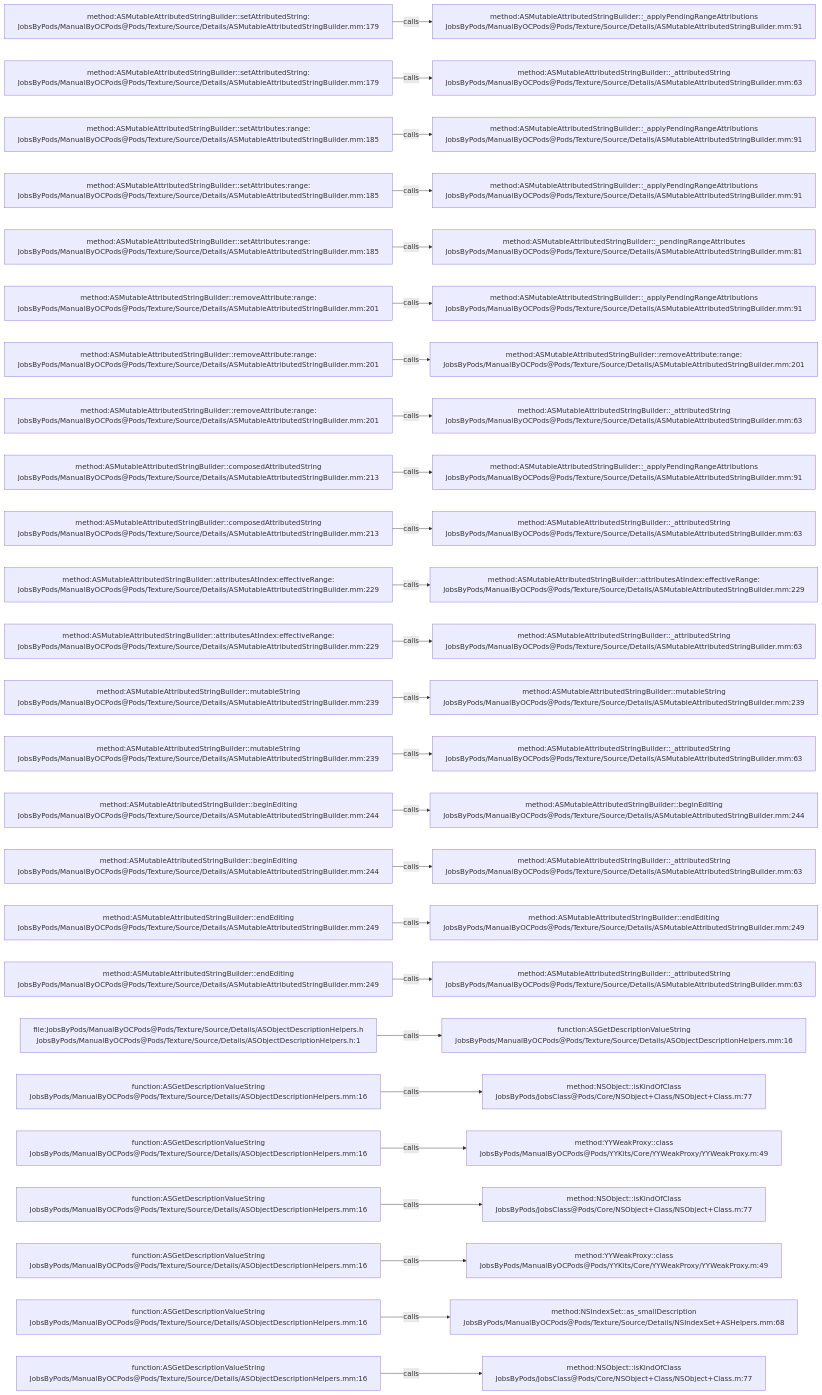
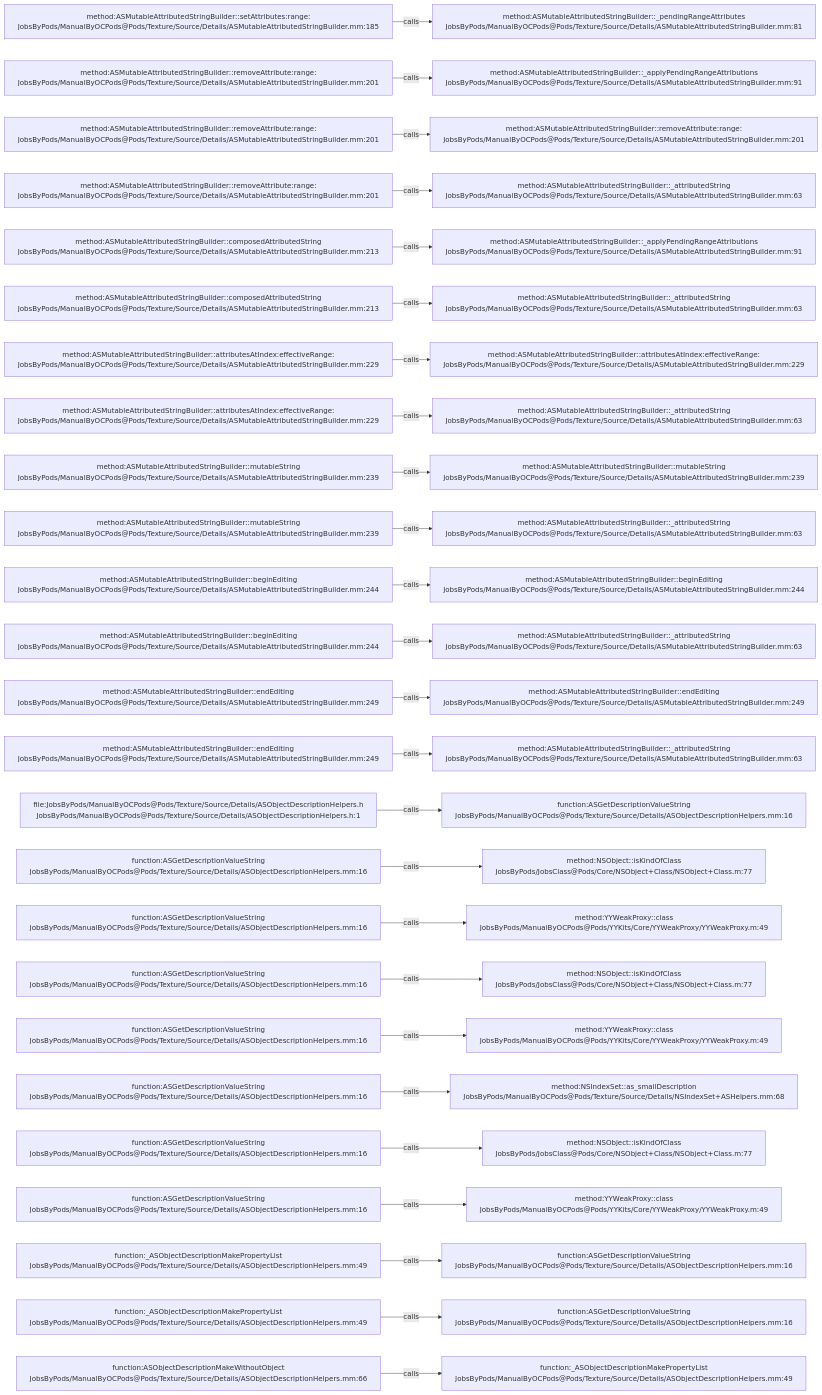
The diagram in .codegraph/codegraph.md/graphs/calls-158.md (JobsKits/JobsOCBaseConfigDemo), drawn with Mermaid before and after one commit. The commit also changed 727 other files, not shown here.

````diff
--- a/.codegraph/codegraph.md/graphs/calls-158.md
+++ b/.codegraph/codegraph.md/graphs/calls-158.md
@@ -13,78 +13,78 @@
 ```mermaid
 flowchart LR
-  S1["method:ASMutableAttributedStringBuilder::setAttributedString:<br/>JobsByPods/ManualByOCPods@Pods/Texture/Source/Details/ASMutableAttributedStringBuilder.mm:179"]
-  T1["method:ASMutableAttributedStringBuilder::_applyPendingRangeAttributions<br/>JobsByPods/ManualByOCPods@Pods/Texture/Source/Details/ASMutableAttributedStringBuilder.mm:91"]
+  S1["method:ASMutableAttributedStringBuilder::setAttributes:range:<br/>JobsByPods/ManualByOCPods@Pods/Texture/Source/Details/ASMutableAttributedStringBuilder.mm:185"]
+  T1["method:ASMutableAttributedStringBuilder::_pendingRangeAttributes<br/>JobsByPods/ManualByOCPods@Pods/Texture/Source/Details/ASMutableAttributedStringBuilder.mm:81"]
   S1 -->|calls| T1
-  S2["method:ASMutableAttributedStringBuilder::setAttributedString:<br/>JobsByPods/ManualByOCPods@Pods/Texture/Source/Details/ASMutableAttributedStringBuilder.mm:179"]
-  T2["method:ASMutableAttributedStringBuilder::_attributedString<br/>JobsByPods/ManualByOCPods@Pods/Texture/Source/Details/ASMutableAttributedStringBuilder.mm:63"]
+  S2["method:ASMutableAttributedStringBuilder::removeAttribute:range:<br/>JobsByPods/ManualByOCPods@Pods/Texture/Source/Details/ASMutableAttributedStringBuilder.mm:201"]
+  T2["method:ASMutableAttributedStringBuilder::_applyPendingRangeAttributions<br/>JobsByPods/ManualByOCPods@Pods/Texture/Source/Details/ASMutableAttributedStringBuilder.mm:91"]
   S2 -->|calls| T2
-  S3["method:ASMutableAttributedStringBuilder::setAttributes:range:<br/>JobsByPods/ManualByOCPods@Pods/Texture/Source/Details/ASMutableAttributedStringBuilder.mm:185"]
-  T3["method:ASMutableAttributedStringBuilder::_applyPendingRangeAttributions<br/>JobsByPods/ManualByOCPods@Pods/Texture/Source/Details/ASMutableAttributedStringBuilder.mm:91"]
+  S3["method:ASMutableAttributedStringBuilder::removeAttribute:range:<br/>JobsByPods/ManualByOCPods@Pods/Texture/Source/Details/ASMutableAttributedStringBuilder.mm:201"]
+  T3["method:ASMutableAttributedStringBuilder::removeAttribute:range:<br/>JobsByPods/ManualByOCPods@Pods/Texture/Source/Details/ASMutableAttributedStringBuilder.mm:201"]
   S3 -->|calls| T3
-  S4["method:ASMutableAttributedStringBuilder::setAttributes:range:<br/>JobsByPods/ManualByOCPods@Pods/Texture/Source/Details/ASMutableAttributedStringBuilder.mm:185"]
-  T4["method:ASMutableAttributedStringBuilder::_applyPendingRangeAttributions<br/>JobsByPods/ManualByOCPods@Pods/Texture/Source/Details/ASMutableAttributedStringBuilder.mm:91"]
+  S4["method:ASMutableAttributedStringBuilder::removeAttribute:range:<br/>JobsByPods/ManualByOCPods@Pods/Texture/Source/Details/ASMutableAttributedStringBuilder.mm:201"]
+  T4["method:ASMutableAttributedStringBuilder::_attributedString<br/>JobsByPods/ManualByOCPods@Pods/Texture/Source/Details/ASMutableAttributedStringBuilder.mm:63"]
   S4 -->|calls| T4
-  S5["method:ASMutableAttributedStringBuilder::setAttributes:range:<br/>JobsByPods/ManualByOCPods@Pods/Texture/Source/Details/ASMutableAttributedStringBuilder.mm:185"]
-  T5["method:ASMutableAttributedStringBuilder::_pendingRangeAttributes<br/>JobsByPods/ManualByOCPods@Pods/Texture/Source/Details/ASMutableAttributedStringBuilder.mm:81"]
+  S5["method:ASMutableAttributedStringBuilder::composedAttributedString<br/>JobsByPods/ManualByOCPods@Pods/Texture/Source/Details/ASMutableAttributedStringBuilder.mm:213"]
+  T5["method:ASMutableAttributedStringBuilder::_applyPendingRangeAttributions<br/>JobsByPods/ManualByOCPods@Pods/Texture/Source/Details/ASMutableAttributedStringBuilder.mm:91"]
   S5 -->|calls| T5
-  S6["method:ASMutableAttributedStringBuilder::removeAttribute:range:<br/>JobsByPods/ManualByOCPods@Pods/Texture/Source/Details/ASMutableAttributedStringBuilder.mm:201"]
-  T6["method:ASMutableAttributedStringBuilder::_applyPendingRangeAttributions<br/>JobsByPods/ManualByOCPods@Pods/Texture/Source/Details/ASMutableAttributedStringBuilder.mm:91"]
+  S6["method:ASMutableAttributedStringBuilder::composedAttributedString<br/>JobsByPods/ManualByOCPods@Pods/Texture/Source/Details/ASMutableAttributedStringBuilder.mm:213"]
+  T6["method:ASMutableAttributedStringBuilder::_attributedString<br/>JobsByPods/ManualByOCPods@Pods/Texture/Source/Details/ASMutableAttributedStringBuilder.mm:63"]
   S6 -->|calls| T6
-  S7["method:ASMutableAttributedStringBuilder::removeAttribute:range:<br/>JobsByPods/ManualByOCPods@Pods/Texture/Source/Details/ASMutableAttributedStringBuilder.mm:201"]
-  T7["method:ASMutableAttributedStringBuilder::removeAttribute:range:<br/>JobsByPods/ManualByOCPods@Pods/Texture/Source/Details/ASMutableAttributedStringBuilder.mm:201"]
+  S7["method:ASMutableAttributedStringBuilder::attributesAtIndex:effectiveRange:<br/>JobsByPods/ManualByOCPods@Pods/Texture/Source/Details/ASMutableAttributedStringBuilder.mm:229"]
+  T7["method:ASMutableAttributedStringBuilder::attributesAtIndex:effectiveRange:<br/>JobsByPods/ManualByOCPods@Pods/Texture/Source/Details/ASMutableAttributedStringBuilder.mm:229"]
   S7 -->|calls| T7
-  S8["method:ASMutableAttributedStringBuilder::removeAttribute:range:<br/>JobsByPods/ManualByOCPods@Pods/Texture/Source/Details/ASMutableAttributedStringBuilder.mm:201"]
+  S8["method:ASMutableAttributedStringBuilder::attributesAtIndex:effectiveRange:<br/>JobsByPods/ManualByOCPods@Pods/Texture/Source/Details/ASMutableAttributedStringBuilder.mm:229"]
   T8["method:ASMutableAttributedStringBuilder::_attributedString<br/>JobsByPods/ManualByOCPods@Pods/Texture/Source/Details/ASMutableAttributedStringBuilder.mm:63"]
   S8 -->|calls| T8
-  S9["method:ASMutableAttributedStringBuilder::composedAttributedString<br/>JobsByPods/ManualByOCPods@Pods/Texture/Source/Details/ASMutableAttributedStringBuilder.mm:213"]
-  T9["method:ASMutableAttributedStringBuilder::_applyPendingRangeAttributions<br/>JobsByPods/ManualByOCPods@Pods/Texture/Source/Details/ASMutableAttributedStringBuilder.mm:91"]
+  S9["method:ASMutableAttributedStringBuilder::mutableString<br/>JobsByPods/ManualByOCPods@Pods/Texture/Source/Details/ASMutableAttributedStringBuilder.mm:239"]
+  T9["method:ASMutableAttributedStringBuilder::mutableString<br/>JobsByPods/ManualByOCPods@Pods/Texture/Source/Details/ASMutableAttributedStringBuilder.mm:239"]
   S9 -->|calls| T9
-  S10["method:ASMutableAttributedStringBuilder::composedAttributedString<br/>JobsByPods/ManualByOCPods@Pods/Texture/Source/Details/ASMutableAttributedStringBuilder.mm:213"]
+  S10["method:ASMutableAttributedStringBuilder::mutableString<br/>JobsByPods/ManualByOCPods@Pods/Texture/Source/Details/ASMutableAttributedStringBuilder.mm:239"]
   T10["method:ASMutableAttributedStringBuilder::_attributedString<br/>JobsByPods/ManualByOCPods@Pods/Texture/Source/Details/ASMutableAttributedStringBuilder.mm:63"]
   S10 -->|calls| T10
-  S11["method:ASMutableAttributedStringBuilder::attributesAtIndex:effectiveRange:<br/>JobsByPods/ManualByOCPods@Pods/Texture/Source/Details/ASMutableAttributedStringBuilder.mm:229"]
-  T11["method:ASMutableAttributedStringBuilder::attributesAtIndex:effectiveRange:<br/>JobsByPods/ManualByOCPods@Pods/Texture/Source/Details/ASMutableAttributedStringBuilder.mm:229"]
+  S11["method:ASMutableAttributedStringBuilder::beginEditing<br/>JobsByPods/ManualByOCPods@Pods/Texture/Source/Details/ASMutableAttributedStringBuilder.mm:244"]
+  T11["method:ASMutableAttributedStringBuilder::beginEditing<br/>JobsByPods/ManualByOCPods@Pods/Texture/Source/Details/ASMutableAttributedStringBuilder.mm:244"]
   S11 -->|calls| T11
-  S12["method:ASMutableAttributedStringBuilder::attributesAtIndex:effectiveRange:<br/>JobsByPods/ManualByOCPods@Pods/Texture/Source/Details/ASMutableAttributedStringBuilder.mm:229"]
+  S12["method:ASMutableAttributedStringBuilder::beginEditing<br/>JobsByPods/ManualByOCPods@Pods/Texture/Source/Details/ASMutableAttributedStringBuilder.mm:244"]
   T12["method:ASMutableAttributedStringBuilder::_attributedString<br/>JobsByPods/ManualByOCPods@Pods/Texture/Source/Details/ASMutableAttributedStringBuilder.mm:63"]
   S12 -->|calls| T12
-  S13["method:ASMutableAttributedStringBuilder::mutableString<br/>JobsByPods/ManualByOCPods@Pods/Texture/Source/Details/ASMutableAttributedStringBuilder.mm:239"]
-  T13["method:ASMutableAttributedStringBuilder::mutableString<br/>JobsByPods/ManualByOCPods@Pods/Texture/Source/Details/ASMutableAttributedStringBuilder.mm:239"]
+  S13["method:ASMutableAttributedStringBuilder::endEditing<br/>JobsByPods/ManualByOCPods@Pods/Texture/Source/Details/ASMutableAttributedStringBuilder.mm:249"]
+  T13["method:ASMutableAttributedStringBuilder::endEditing<br/>JobsByPods/ManualByOCPods@Pods/Texture/Source/Details/ASMutableAttributedStringBuilder.mm:249"]
   S13 -->|calls| T13
-  S14["method:ASMutableAttributedStringBuilder::mutableString<br/>JobsByPods/ManualByOCPods@Pods/Texture/Source/Details/ASMutableAttributedStringBuilder.mm:239"]
+  S14["method:ASMutableAttributedStringBuilder::endEditing<br/>JobsByPods/ManualByOCPods@Pods/Texture/Source/Details/ASMutableAttributedStringBuilder.mm:249"]
   T14["method:ASMutableAttributedStringBuilder::_attributedString<br/>JobsByPods/ManualByOCPods@Pods/Texture/Source/Details/ASMutableAttributedStringBuilder.mm:63"]
   S14 -->|calls| T14
-  S15["method:ASMutableAttributedStringBuilder::beginEditing<br/>JobsByPods/ManualByOCPods@Pods/Texture/Source/Details/ASMutableAttributedStringBuilder.mm:244"]
-  T15["method:ASMutableAttributedStringBuilder::beginEditing<br/>JobsByPods/ManualByOCPods@Pods/Texture/Source/Details/ASMutableAttributedStringBuilder.mm:244"]
+  S15["file:JobsByPods/ManualByOCPods@Pods/Texture/Source/Details/ASObjectDescriptionHelpers.h<br/>JobsByPods/ManualByOCPods@Pods/Texture/Source/Details/ASObjectDescriptionHelpers.h:1"]
+  T15["function:ASGetDescriptionValueString<br/>JobsByPods/ManualByOCPods@Pods/Texture/Source/Details/ASObjectDescriptionHelpers.mm:16"]
   S15 -->|calls| T15
-  S16["method:ASMutableAttributedStringBuilder::beginEditing<br/>JobsByPods/ManualByOCPods@Pods/Texture/Source/Details/ASMutableAttributedStringBuilder.mm:244"]
-  T16["method:ASMutableAttributedStringBuilder::_attributedString<br/>JobsByPods/ManualByOCPods@Pods/Texture/Source/Details/ASMutableAttributedStringBuilder.mm:63"]
+  S16["function:ASGetDescriptionValueString<br/>JobsByPods/ManualByOCPods@Pods/Texture/Source/Details/ASObjectDescriptionHelpers.mm:16"]
+  T16["method:NSObject::isKindOfClass<br/>JobsByPods/JobsClass@Pods/Core/NSObject+Class/NSObject+Class.m:77"]
   S16 -->|calls| T16
-  S17["method:ASMutableAttributedStringBuilder::endEditing<br/>JobsByPods/ManualByOCPods@Pods/Texture/Source/Details/ASMutableAttributedStringBuilder.mm:249"]
-  T17["method:ASMutableAttributedStringBuilder::endEditing<br/>JobsByPods/ManualByOCPods@Pods/Texture/Source/Details/ASMutableAttributedStringBuilder.mm:249"]
+  S17["function:ASGetDescriptionValueString<br/>JobsByPods/ManualByOCPods@Pods/Texture/Source/Details/ASObjectDescriptionHelpers.mm:16"]
+  T17["method:YYWeakProxy::class<br/>JobsByPods/ManualByOCPods@Pods/YYKits/Core/YYWeakProxy/YYWeakProxy.m:49"]
   S17 -->|calls| T17
-  S18["method:ASMutableAttributedStringBuilder::endEditing<br/>JobsByPods/ManualByOCPods@Pods/Texture/Source/Details/ASMutableAttributedStringBuilder.mm:249"]
-  T18["method:ASMutableAttributedStringBuilder::_attributedString<br/>JobsByPods/ManualByOCPods@Pods/Texture/Source/Details/ASMutableAttributedStringBuilder.mm:63"]
+  S18["function:ASGetDescriptionValueString<br/>JobsByPods/ManualByOCPods@Pods/Texture/Source/Details/ASObjectDescriptionHelpers.mm:16"]
+  T18["method:NSObject::isKindOfClass<br/>JobsByPods/JobsClass@Pods/Core/NSObject+Class/NSObject+Class.m:77"]
   S18 -->|calls| T18
-  S19["file:JobsByPods/ManualByOCPods@Pods/Texture/Source/Details/ASObjectDescriptionHelpers.h<br/>JobsByPods/ManualByOCPods@Pods/Texture/Source/Details/ASObjectDescriptionHelpers.h:1"]
-  T19["function:ASGetDescriptionValueString<br/>JobsByPods/ManualByOCPods@Pods/Texture/Source/Details/ASObjectDescriptionHelpers.mm:16"]
+  S19["function:ASGetDescriptionValueString<br/>JobsByPods/ManualByOCPods@Pods/Texture/Source/Details/ASObjectDescriptionHelpers.mm:16"]
+  T19["method:YYWeakProxy::class<br/>JobsByPods/ManualByOCPods@Pods/YYKits/Core/YYWeakProxy/YYWeakProxy.m:49"]
   S19 -->|calls| T19
   S20["function:ASGetDescriptionValueString<br/>JobsByPods/ManualByOCPods@Pods/Texture/Source/Details/ASObjectDescriptionHelpers.mm:16"]
-  T20["method:NSObject::isKindOfClass<br/>JobsByPods/JobsClass@Pods/Core/NSObject+Class/NSObject+Class.m:77"]
+  T20["method:NSIndexSet::as_smallDescription<br/>JobsByPods/ManualByOCPods@Pods/Texture/Source/Details/NSIndexSet+ASHelpers.mm:68"]
   S20 -->|calls| T20
   S21["function:ASGetDescriptionValueString<br/>JobsByPods/ManualByOCPods@Pods/Texture/Source/Details/ASObjectDescriptionHelpers.mm:16"]
-  T21["method:YYWeakProxy::class<br/>JobsByPods/ManualByOCPods@Pods/YYKits/Core/YYWeakProxy/YYWeakProxy.m:49"]
+  T21["method:NSObject::isKindOfClass<br/>JobsByPods/JobsClass@Pods/Core/NSObject+Class/NSObject+Class.m:77"]
   S21 -->|calls| T21
   S22["function:ASGetDescriptionValueString<br/>JobsByPods/ManualByOCPods@Pods/Texture/Source/Details/ASObjectDescriptionHelpers.mm:16"]
-  T22["method:NSObject::isKindOfClass<br/>JobsByPods/JobsClass@Pods/Core/NSObject+Class/NSObject+Class.m:77"]
+  T22["method:YYWeakProxy::class<br/>JobsByPods/ManualByOCPods@Pods/YYKits/Core/YYWeakProxy/YYWeakProxy.m:49"]
   S22 -->|calls| T22
-  S23["function:ASGetDescriptionValueString<br/>JobsByPods/ManualByOCPods@Pods/Texture/Source/Details/ASObjectDescriptionHelpers.mm:16"]
-  T23["method:YYWeakProxy::class<br/>JobsByPods/ManualByOCPods@Pods/YYKits/Core/YYWeakProxy/YYWeakProxy.m:49"]
+  S23["function:_ASObjectDescriptionMakePropertyList<br/>JobsByPods/ManualByOCPods@Pods/Texture/Source/Details/ASObjectDescriptionHelpers.mm:49"]
+  T23["function:ASGetDescriptionValueString<br/>JobsByPods/ManualByOCPods@Pods/Texture/Source/Details/ASObjectDescriptionHelpers.mm:16"]
   S23 -->|calls| T23
-  S24["function:ASGetDescriptionValueString<br/>JobsByPods/ManualByOCPods@Pods/Texture/Source/Details/ASObjectDescriptionHelpers.mm:16"]
-  T24["method:NSIndexSet::as_smallDescription<br/>JobsByPods/ManualByOCPods@Pods/Texture/Source/Details/NSIndexSet+ASHelpers.mm:68"]
+  S24["function:_ASObjectDescriptionMakePropertyList<br/>JobsByPods/ManualByOCPods@Pods/Texture/Source/Details/ASObjectDescriptionHelpers.mm:49"]
+  T24["function:ASGetDescriptionValueString<br/>JobsByPods/ManualByOCPods@Pods/Texture/Source/Details/ASObjectDescriptionHelpers.mm:16"]
   S24 -->|calls| T24
-  S25["function:ASGetDescriptionValueString<br/>JobsByPods/ManualByOCPods@Pods/Texture/Source/Details/ASObjectDescriptionHelpers.mm:16"]
-  T25["method:NSObject::isKindOfClass<br/>JobsByPods/JobsClass@Pods/Core/NSObject+Class/NSObject+Class.m:77"]
+  S25["function:ASObjectDescriptionMakeWithoutObject<br/>JobsByPods/ManualByOCPods@Pods/Texture/Source/Details/ASObjectDescriptionHelpers.mm:66"]
+  T25["function:_ASObjectDescriptionMakePropertyList<br/>JobsByPods/ManualByOCPods@Pods/Texture/Source/Details/ASObjectDescriptionHelpers.mm:49"]
   S25 -->|calls| T25
 ```
````
